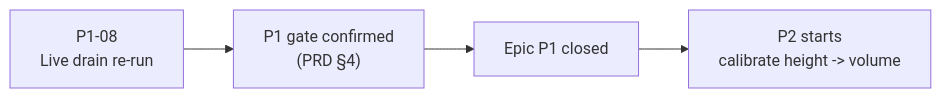
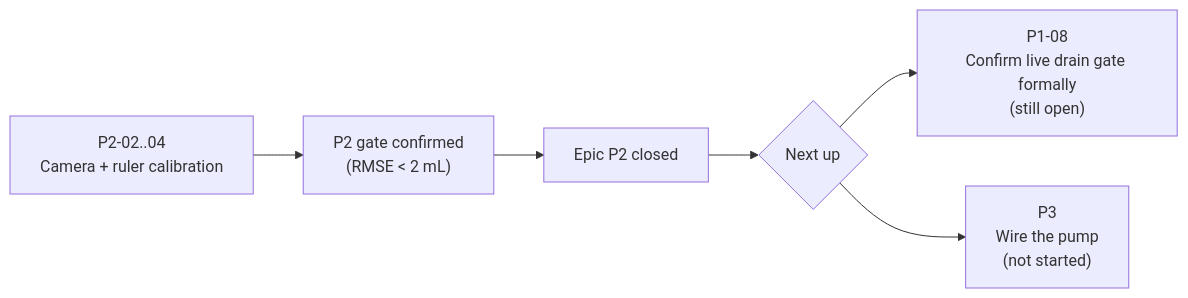
Before and after one commit to Cherrpxp/extractlab: the diagram in docs/developments/05_sprint_backlog.md, drawn with Mermaid. The commit also changed other lines of this file and 5 other files, not shown here.

First line of the commit message:
docs: sync roadmap/milestones/sprints/stories/sprint-backlog and README with P2 closing

````diff
--- a/docs/developments/05_sprint_backlog.md
+++ b/docs/developments/05_sprint_backlog.md
@@ -9,6 +11,8 @@
 ```mermaid
 flowchart LR
-    A["P1-08\nLive drain re-run"] --> B["P1 gate confirmed\n(PRD §4)"]
-    B --> C["Epic P1 closed"]
-    C --> D["P2 starts\ncalibrate height -> volume"]
+    A["P2-02..04\nCamera + ruler calibration"] --> B["P2 gate confirmed\n(RMSE < 2 mL)"]
+    B --> C["Epic P2 closed"]
+    C --> D{"Next up"}
+    D --> E["P1-08\nConfirm live drain gate formally\n(still open)"]
+    D --> F["P3\nWire the pump\n(not started)"]
 ```
````
